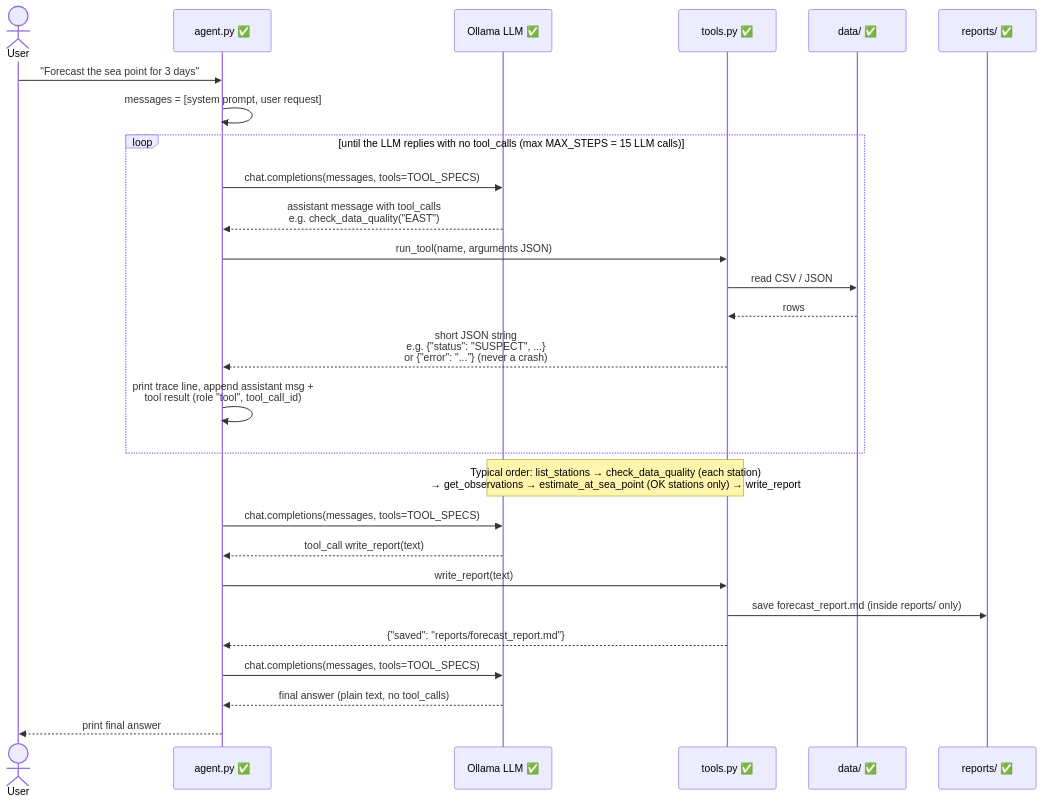
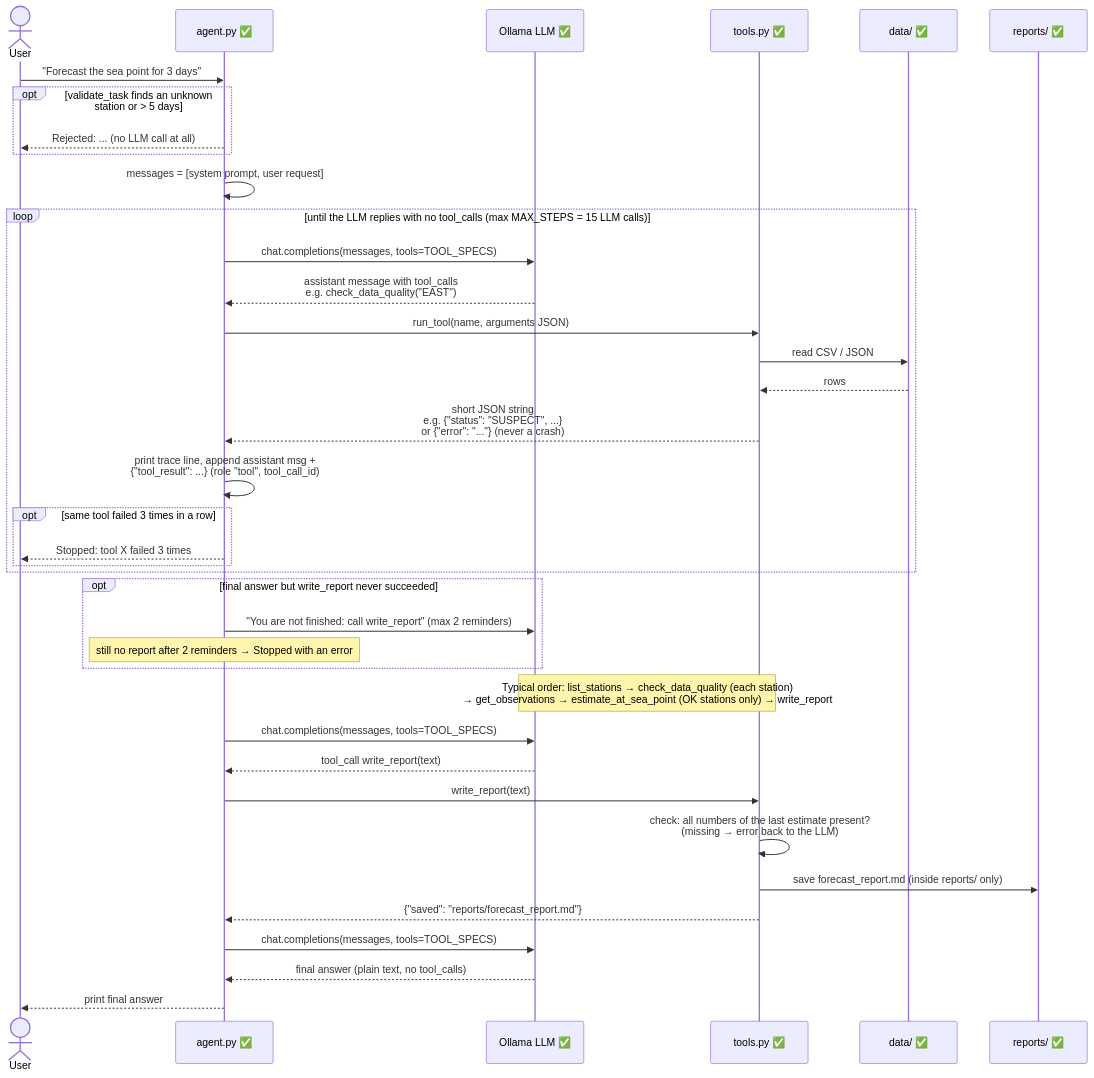
Before and after one commit to nil9/weather-agent: the second of 2 diagrams in docs/architecture.md, drawn with Mermaid. The commit also changed other lines of this file and 13 other files, not shown here.

````diff
--- a/docs/architecture.md
+++ b/docs/architecture.md
@@ -60,33 +64,45 @@
 ```mermaid
 sequenceDiagram
     actor U as User
     participant A as agent.py ✅
     participant L as Ollama LLM ✅
     participant T as tools.py ✅
     participant D as data/ ✅
     participant R as reports/ ✅
 
     U->>A: "Forecast the sea point for 3 days"
+    opt validate_task finds an unknown station or > 5 days
+        A-->>U: Rejected: ... (no LLM call at all)
+    end
     A->>A: messages = [system prompt, user request]
 
     loop until the LLM replies with no tool_calls (max MAX_STEPS = 15 LLM calls)
         A->>L: chat.completions(messages, tools=TOOL_SPECS)
         L-->>A: assistant message with tool_calls<br/>e.g. check_data_quality("EAST")
         A->>T: run_tool(name, arguments JSON)
         T->>D: read CSV / JSON
         D-->>T: rows
         T-->>A: short JSON string<br/>e.g. {"status": "SUSPECT", ...}<br/>or {"error": "..."} (never a crash)
-        A->>A: print trace line, append assistant msg +<br/>tool result (role "tool", tool_call_id)
+        A->>A: print trace line, append assistant msg +<br/>{"tool_result": ...} (role "tool", tool_call_id)
+        opt same tool failed 3 times in a row
+            A-->>U: Stopped: tool X failed 3 times
+        end
+    end
+
+    opt final answer but write_report never succeeded
+        A->>L: "You are not finished: call write_report" (max 2 reminders)
+        Note over A: still no report after 2 reminders → Stopped with an error
     end
 
     Note over L,T: Typical order: list_stations → check_data_quality (each station)<br/>→ get_observations → estimate_at_sea_point (OK stations only) → write_report
 
     A->>L: chat.completions(messages, tools=TOOL_SPECS)
     L-->>A: tool_call write_report(text)
     A->>T: write_report(text)
+    T->>T: check: all numbers of the last estimate present?<br/>(missing → error back to the LLM)
     T->>R: save forecast_report.md (inside reports/ only)
     T-->>A: {"saved": "reports/forecast_report.md"}
     A->>L: chat.completions(messages, tools=TOOL_SPECS)
     L-->>A: final answer (plain text, no tool_calls)
     A-->>U: print final answer
 ```
````
